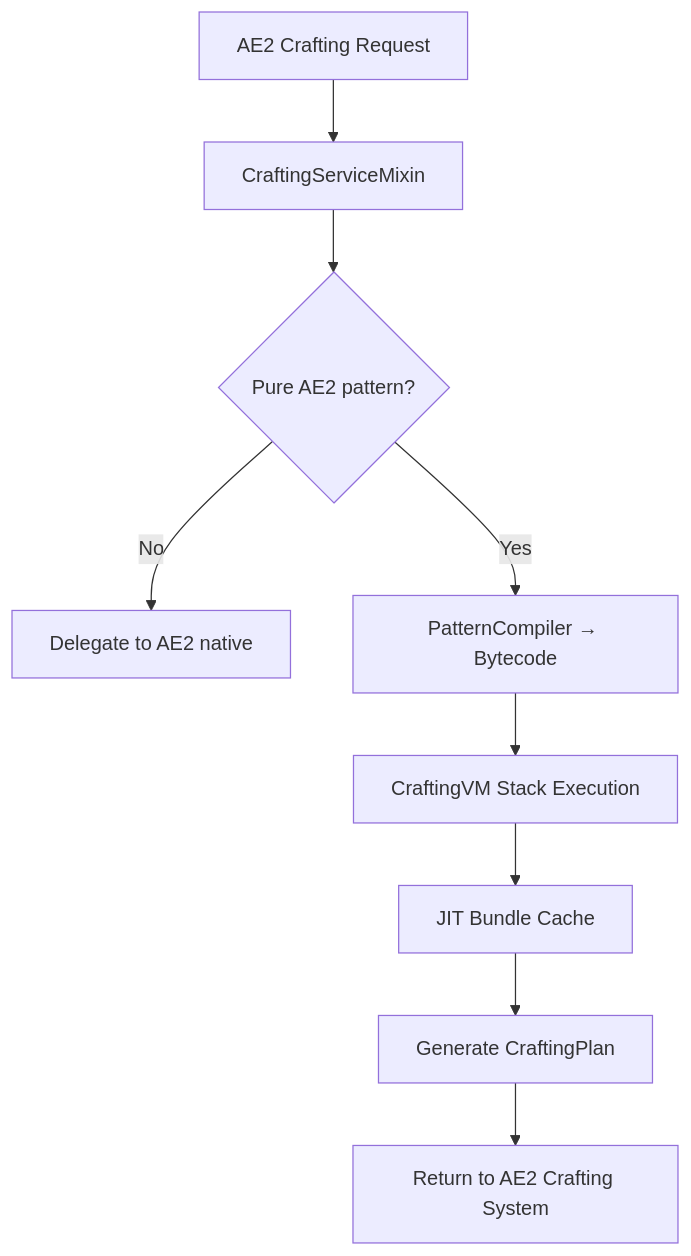
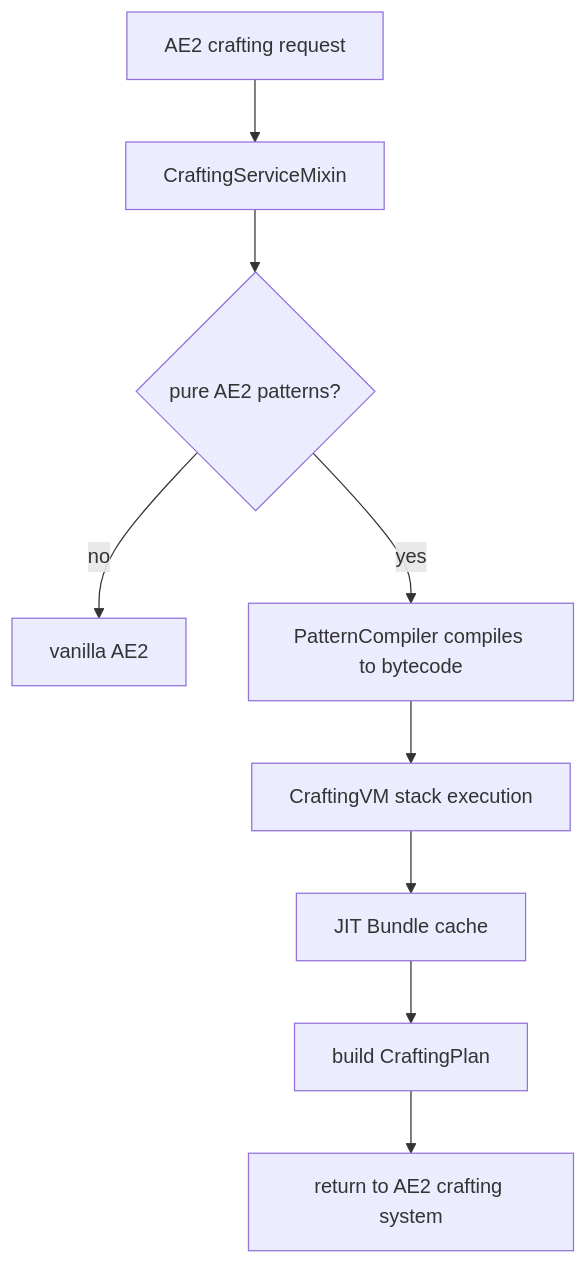
The diagram in README_en.md (TaoLe-si/AE2-VM), drawn with Mermaid before and after one commit. The commit also changed other lines of this file and 4 other files, not shown here.

Commit message:
v1.10.7: 重写 README/README_en（基于事实）+ 设置模组图标 ae2vm.png

````diff
--- a/README_en.md
+++ b/README_en.md
@@ -127,11 +80,11 @@
 ```mermaid
 flowchart TD
-    A[AE2 Crafting Request] --> B[CraftingServiceMixin]
-    B --> C{Pure AE2 pattern?}
-    C -->|No| D[Delegate to AE2 native]
-    C -->|Yes| E[PatternCompiler → Bytecode]
-    E --> F[CraftingVM Stack Execution]
-    F --> G[JIT Bundle Cache]
-    G --> H[Generate CraftingPlan]
-    H --> I[Return to AE2 Crafting System]
+    A[AE2 crafting request] --> B[CraftingServiceMixin]
+    B --> C{pure AE2 patterns?}
+    C -->|no| D[vanilla AE2]
+    C -->|yes| E[PatternCompiler compiles to bytecode]
+    E --> F[CraftingVM stack execution]
+    F --> G[JIT Bundle cache]
+    G --> H[build CraftingPlan]
+    H --> I[return to AE2 crafting system]
 ```
````
